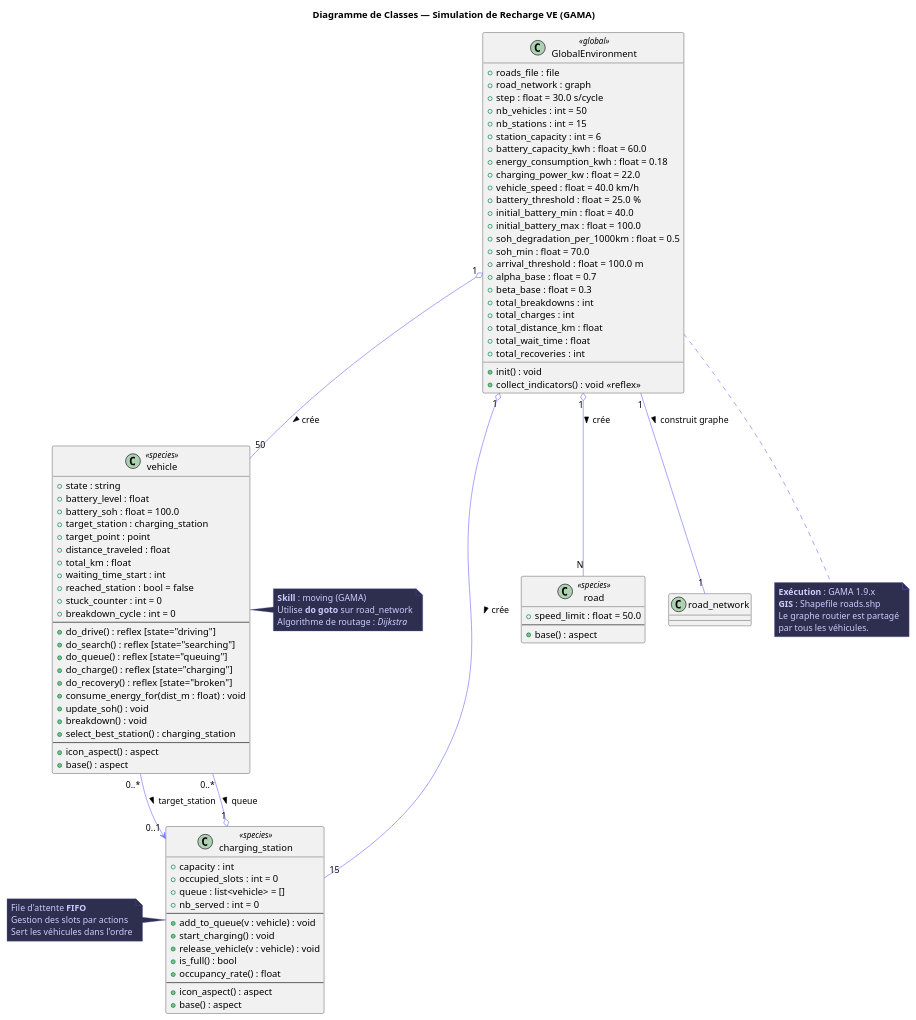
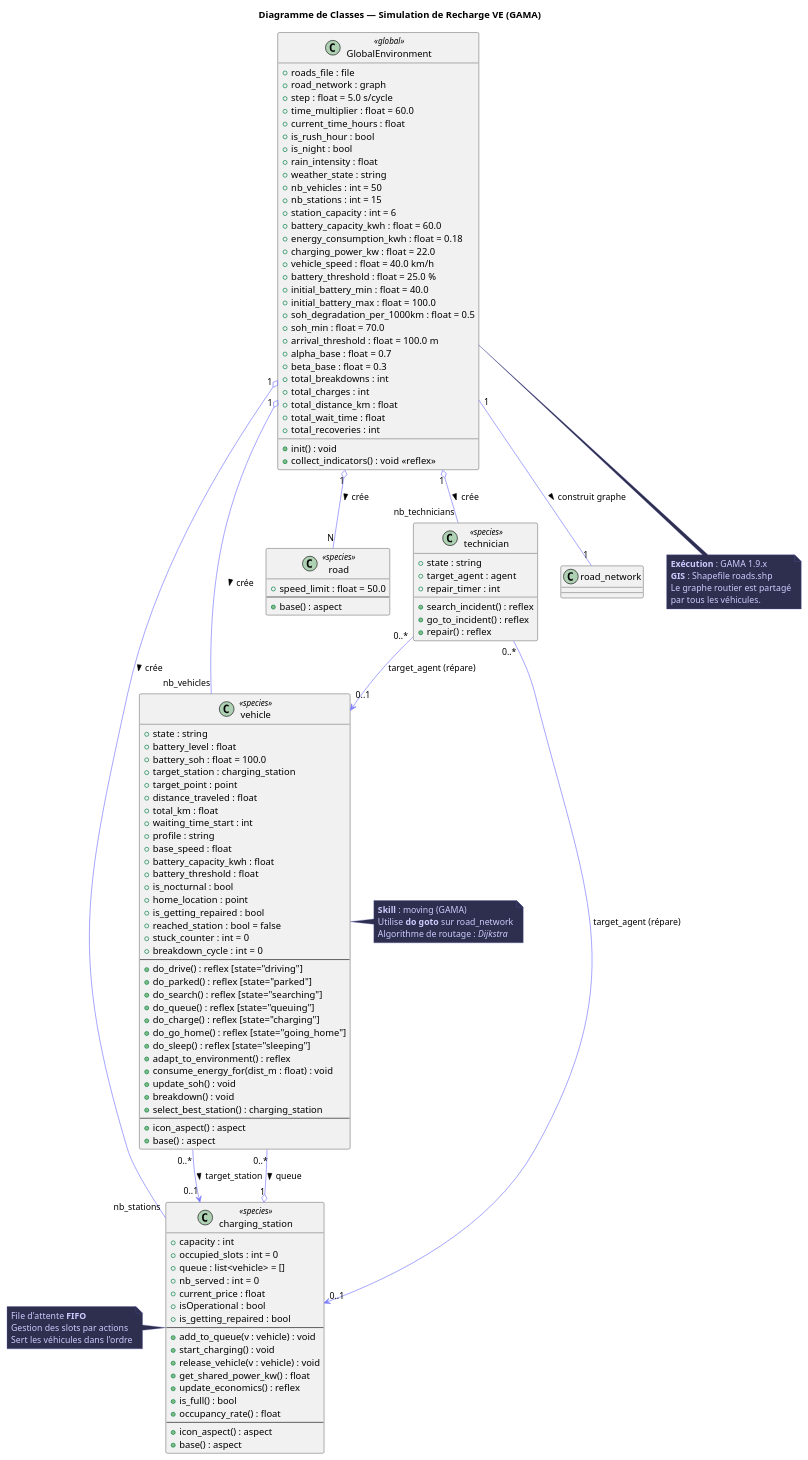
The diagram in diagrams/01_class_diagram.puml (Tchoutouo/ev_charging_simulation), drawn with PlantUML before and after one commit. The commit also changed 10 other files, not shown here.

```diff
--- a/diagrams/01_class_diagram.puml
+++ b/diagrams/01_class_diagram.puml
@@ -1,144 +1,179 @@
 @startuml 01_Diagramme_de_Classes
 
 ' skinparam backgroundColor #1E1E2E
 ' skinparam classBackgroundColor #2A2A3E
 ' skinparam classBorderColor #7C7CFF
 ' skinparam classHeaderBackgroundColor #3A3A5C
 ' skinparam classFontColor #E0E0FF
 skinparam attributeFontColor #C0C0FF
 skinparam arrowColor #7C7CFF
 skinparam noteBackgroundColor #2E2E4E
 skinparam noteBorderColor #5555AA
 skinparam noteFontColor #CCCCFF
 skinparam title FontColor #FFFFFF
 skinparam title FontSize 16
 
 title Diagramme de Classes — Simulation de Recharge VE (GAMA)
 
 ' ===================== GLOBAL =====================
 class GlobalEnvironment <<global>> {
     ' -- Données GIS --
     + roads_file : file
     + road_network : graph
-    ' -- Temps --
-    + step : float = 30.0 s/cycle
+    ' -- Temps & Météo --
+    + step : float = 5.0 s/cycle
+    + time_multiplier : float = 60.0
+    + current_time_hours : float
+    + is_rush_hour : bool
+    + is_night : bool
+    + rain_intensity : float
+    + weather_state : string
     ' -- Paramètres simulation --
     + nb_vehicles : int = 50
     + nb_stations : int = 15
     + station_capacity : int = 6
     ' -- Paramètres batterie --
     + battery_capacity_kwh : float = 60.0
     + energy_consumption_kwh : float = 0.18
     + charging_power_kw : float = 22.0
     + vehicle_speed : float = 40.0 km/h
     + battery_threshold : float = 25.0 %
     + initial_battery_min : float = 40.0
     + initial_battery_max : float = 100.0
     ' -- Paramètres dégradation --
     + soh_degradation_per_1000km : float = 0.5
     + soh_min : float = 70.0
     + arrival_threshold : float = 100.0 m
     ' -- Paramètres stratégie WSM --
     + alpha_base : float = 0.7
     + beta_base : float = 0.3
     ' -- Monitoring --
     + total_breakdowns : int
     + total_charges : int
     + total_distance_km : float
     + total_wait_time : float
     + total_recoveries : int
     ' -- Méthodes --
     + init() : void
     + collect_indicators() : void <<reflex>>
 }
 
 ' ===================== ROAD =====================
 class road <<species>> {
     + speed_limit : float = 50.0
     --
     + base() : aspect
 }
 
 ' ===================== CHARGING STATION =====================
 class charging_station <<species>> {
     ' -- Attributs --
     + capacity : int
     + occupied_slots : int = 0
     + queue : list<vehicle> = []
     + nb_served : int = 0
+    + current_price : float
+    + isOperational : bool
+    + is_getting_repaired : bool
     --
     ' -- Actions FIFO --
     + add_to_queue(v : vehicle) : void
     + start_charging() : void
     + release_vehicle(v : vehicle) : void
+    + get_shared_power_kw() : float
+    + update_economics() : reflex
     ' -- Fonctions --
     + is_full() : bool
     + occupancy_rate() : float
     --
     + icon_aspect() : aspect
     + base() : aspect
 }
 
 ' ===================== VEHICLE =====================
 class vehicle <<species>> {
     ' -- État FSM --
     + state : string
     + battery_level : float
     + battery_soh : float = 100.0
     + target_station : charging_station
     + target_point : point
     ' -- Métriques --
     + distance_traveled : float
     + total_km : float
     + waiting_time_start : int
+    ' -- Hétérogénéité & Personnalité --
+    + profile : string
+    + base_speed : float
+    + battery_capacity_kwh : float
+    + battery_threshold : float
+    + is_nocturnal : bool
+    + home_location : point
+    + is_getting_repaired : bool
     ' -- Contrôleurs internes --
     + reached_station : bool = false
     + stuck_counter : int = 0
     + breakdown_cycle : int = 0
     --
     ' -- Réflexes FSM --
     + do_drive() : reflex [state="driving"]
+    + do_parked() : reflex [state="parked"]
     + do_search() : reflex [state="searching"]
     + do_queue() : reflex [state="queuing"]
     + do_charge() : reflex [state="charging"]
-    + do_recovery() : reflex [state="broken"]
+    + do_go_home() : reflex [state="going_home"]
+    + do_sleep() : reflex [state="sleeping"]
+    + adapt_to_environment() : reflex
     ' -- Actions utilitaires --
     + consume_energy_for(dist_m : float) : void
     + update_soh() : void
     + breakdown() : void
     + select_best_station() : charging_station
     --
     + icon_aspect() : aspect
     + base() : aspect
 }
 
+' ===================== TECHNICIAN =====================
+class technician <<species>> {
+    + state : string
+    + target_agent : agent
+    + repair_timer : int
+    + search_incident() : reflex
+    + go_to_incident() : reflex
+    + repair() : reflex
+}
+
 ' ===================== RELATIONS =====================
 
 GlobalEnvironment "1" o-- "N" road : crée >
-GlobalEnvironment "1" o-- "15" charging_station : crée >
-GlobalEnvironment "1" o-- "50" vehicle : crée >
+GlobalEnvironment "1" o-- "nb_stations" charging_station : crée >
+GlobalEnvironment "1" o-- "nb_vehicles" vehicle : crée >
+GlobalEnvironment "1" o-- "nb_technicians" technician : crée >
 GlobalEnvironment "1" -- "1" road_network : construit graphe >
 
 vehicle "0..*" --> "0..1" charging_station : target_station >
 charging_station "1" o-- "0..*" vehicle : queue <
+technician "0..*" --> "0..1" vehicle : target_agent (répare)
+technician "0..*" --> "0..1" charging_station : target_agent (répare)
 
 note right of vehicle
   <b>Skill</b> : moving (GAMA)
   Utilise <b>do goto</b> sur road_network
   Algorithme de routage : <i>Dijkstra</i>
 end note
 
 note left of charging_station
   File d'attente <b>FIFO</b>
   Gestion des slots par actions
   Sert les véhicules dans l'ordre
 end note
 
 note bottom of GlobalEnvironment
   <b>Exécution</b> : GAMA 1.9.x
   <b>GIS</b> : Shapefile roads.shp
   Le graphe routier est partagé
   par tous les véhicules.
 end note
 
 @enduml
```
